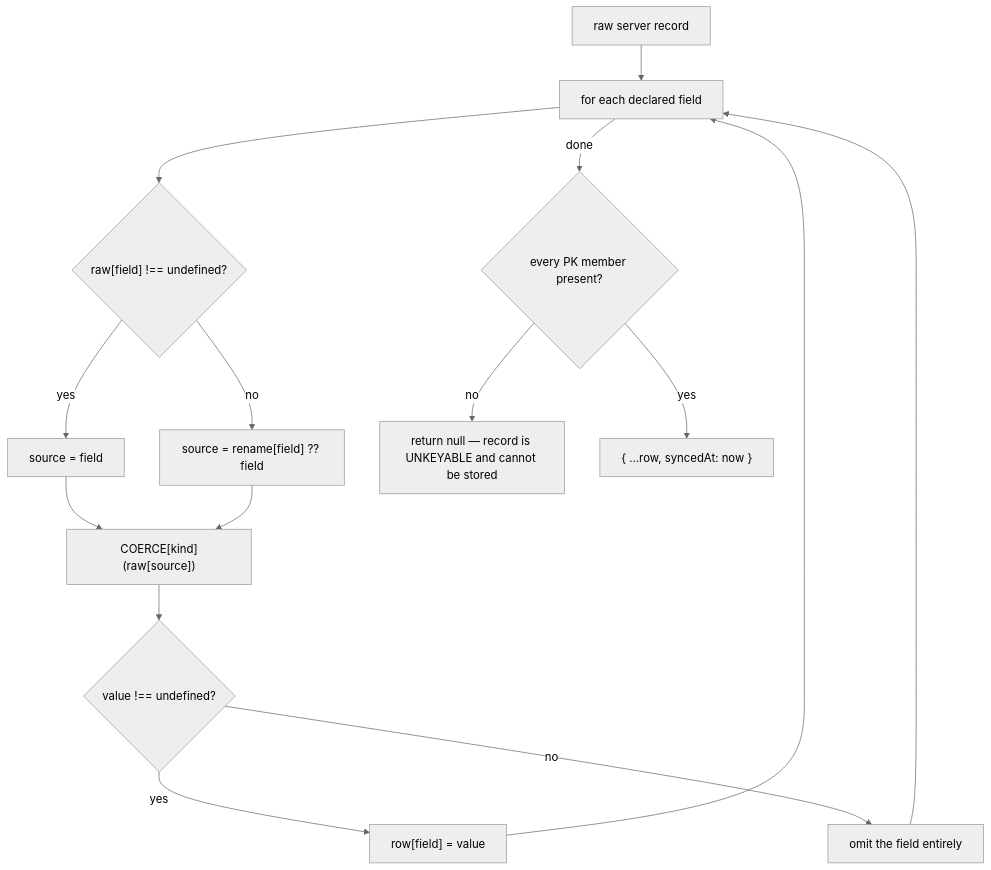
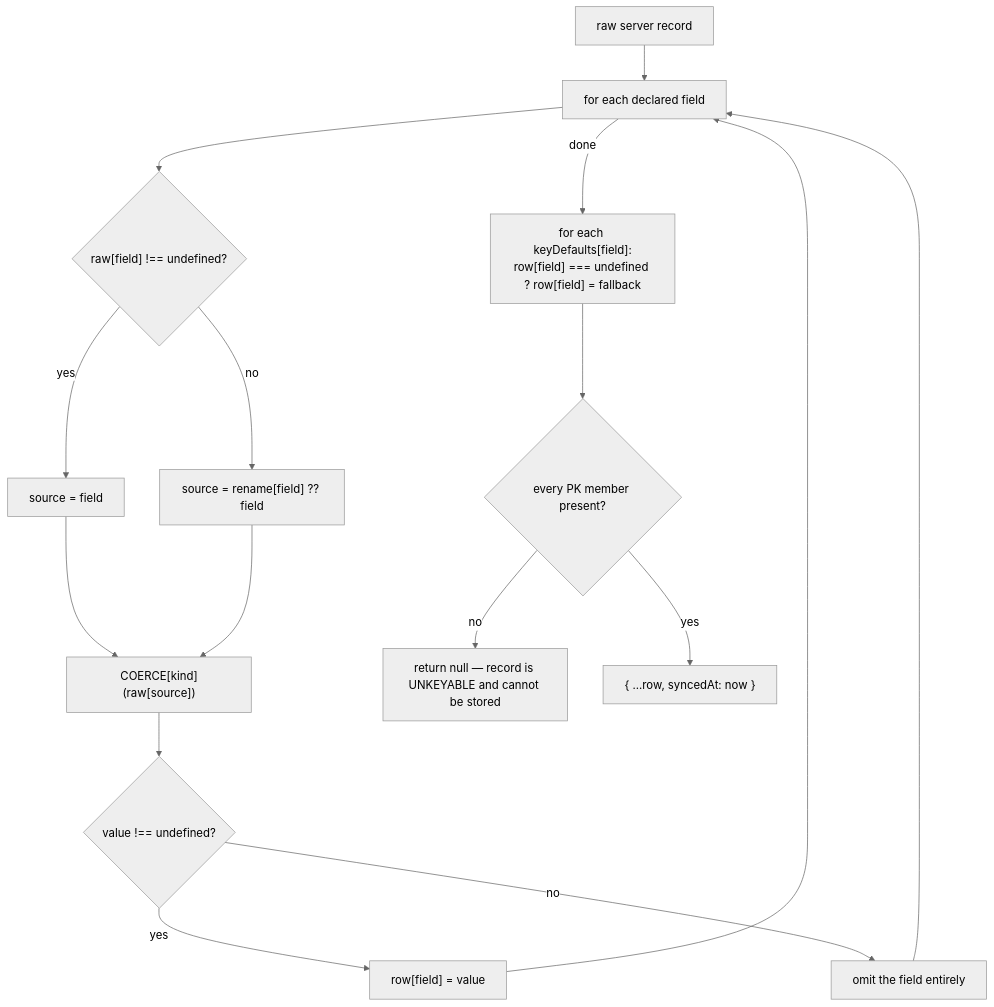
Before and after one commit to hotwax/accxui: diagram 19 of 31 in docs/APP_DB_SYNC_FLOWS.md, drawn with Mermaid (neutral theme). The commit also changed other lines of this file and 2 other files, not shown here.

````diff
--- a/docs/APP_DB_SYNC_FLOWS.md
+++ b/docs/APP_DB_SYNC_FLOWS.md
@@ -533,17 +672,18 @@
 ```mermaid
 flowchart TD
     RAW["raw server record"] --> LOOP["for each declared field"]
     LOOP --> SRC{"raw[field] !== undefined?"}
     SRC -- yes --> USE1["source = field"]
     SRC -- no --> USE2["source = rename[field] ?? field"]
     USE1 --> CO["COERCE[kind](raw[source])"]
     USE2 --> CO
     CO --> KEEP{"value !== undefined?"}
     KEEP -- yes --> PUT["row[field] = value"]
     KEEP -- no --> SKIP["omit the field entirely"]
     PUT --> LOOP
     SKIP --> LOOP
-    LOOP -- done --> PK{"every PK member present?"}
+    LOOP -- done --> KD["for each keyDefaults[field]:<br/>row[field] === undefined ? row[field] = fallback"]
+    KD --> PK{"every PK member present?"}
     PK -- no --> NULL["return null — record is UNKEYABLE and cannot be stored"]
     PK -- yes --> ROW["{ ...row, syncedAt: now }"]
 ```
````
